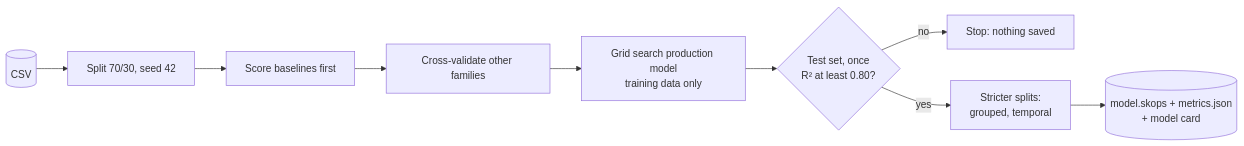
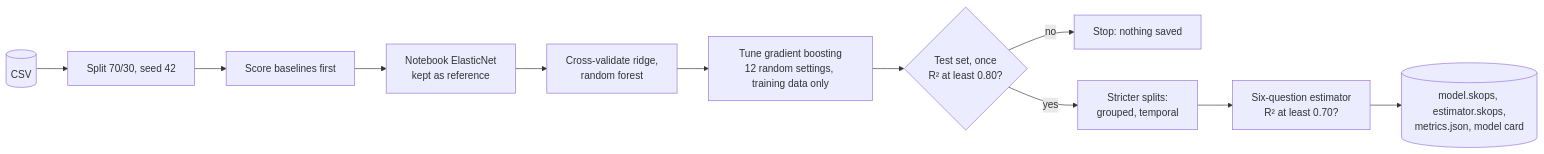
Before and after one commit to shadmanArko/mle-refactoring-project: the diagram in docs/02-training.md, drawn with Mermaid. The commit also changed other lines of this file and 10 other files, not shown here.

Commit message:
ship tuned gradient boosting and add a six-question estimator

````diff
--- a/docs/02-training.md
+++ b/docs/02-training.md
@@ -20,11 +24,13 @@
 ```mermaid
 flowchart LR
     D[(CSV)] --> S[Split 70/30, seed 42]
     S --> B[Score baselines first]
-    B --> C[Cross-validate other families]
-    C --> G[Grid search production model<br/>training data only]
+    B --> R[Notebook ElasticNet<br/>kept as reference]
+    R --> C[Cross-validate ridge,<br/>random forest]
+    C --> G[Tune gradient boosting<br/>12 random settings, training data only]
     G --> T{Test set, once<br/>R² at least 0.80?}
     T -- no --> X[Stop: nothing saved]
-    T -- yes --> R[Stricter splits:<br/>grouped, temporal]
-    R --> O[(model.skops + metrics.json<br/>+ model card)]
+    T -- yes --> Z[Stricter splits:<br/>grouped, temporal]
+    Z --> E[Six-question estimator<br/>R² at least 0.70?]
+    E --> O[(model.skops, estimator.skops,<br/>metrics.json, model card)]
 ```
````
